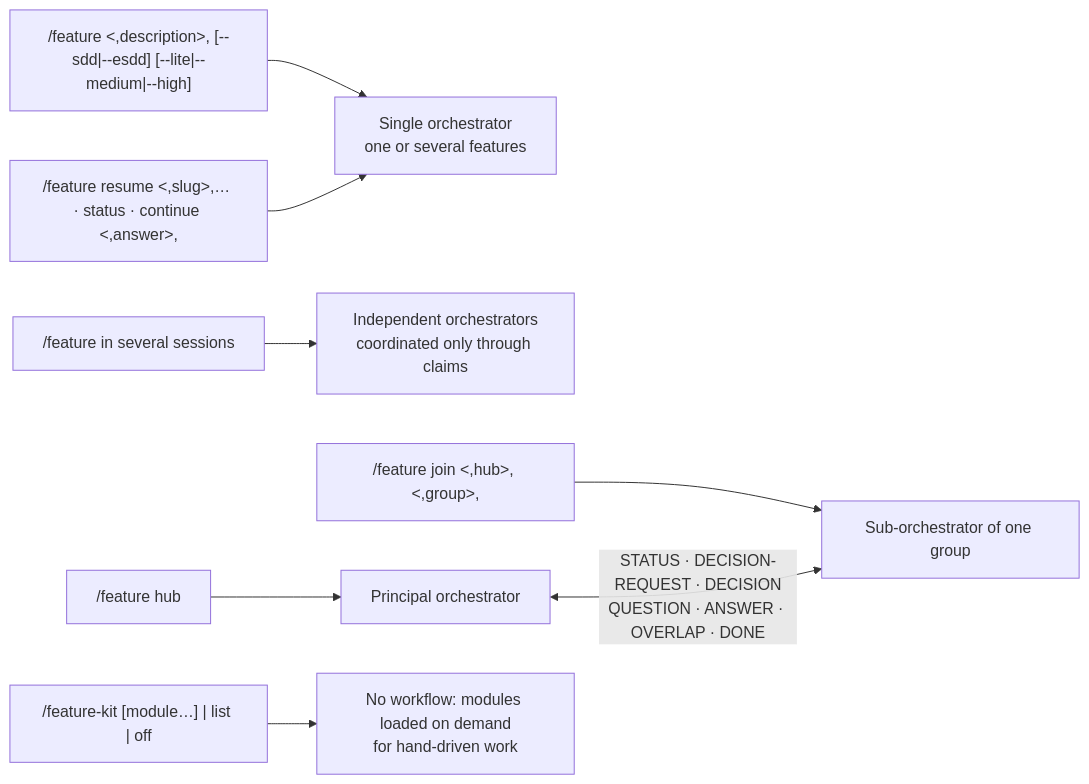
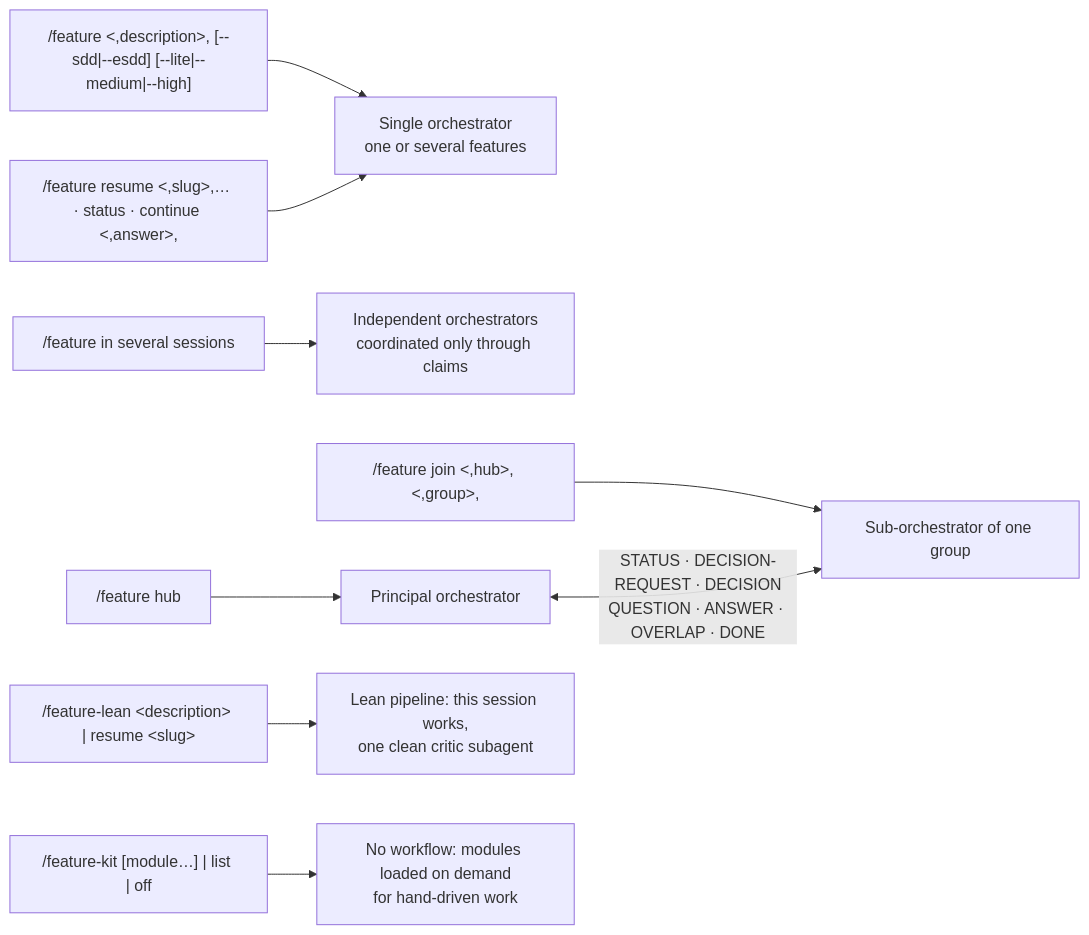
One commit to mariopedemonte12/claude-feature-workflow changed the second of 10 diagrams in docs/architecture.md. Above: the diagram before and after it, drawn with Mermaid. The commit also changed other lines of this file and 4 other files, not shown here.

Commit message:
Add /feature-lean: one-session pipeline with one clean critic

````diff
--- a/docs/architecture.md
+++ b/docs/architecture.md
@@ -82,10 +82,11 @@
 ```mermaid
 flowchart LR
     C1["/feature &lt,description&gt, [--sdd|--esdd] [--lite|--medium|--high]"] --> M1["Single orchestrator<br/>one or several features"]
     C2["/feature resume &lt,slug&gt,… · status · continue &lt,answer&gt,"] --> M1
     C3["/feature in several sessions"] --> M2["Independent orchestrators<br/>coordinated only through claims"]
     C4["/feature hub"] --> M3["Principal orchestrator"]
     C5["/feature join &lt,hub&gt, &lt,group&gt,"] --> M4["Sub-orchestrator of one group"]
     M3 <-->|"STATUS · DECISION-REQUEST · DECISION<br/>QUESTION · ANSWER · OVERLAP · DONE"| M4
+    C7["/feature-lean &lt;description&gt; | resume &lt;slug&gt;"] --> M6["Lean pipeline: this session works,<br/>one clean critic subagent"]
     C6["/feature-kit [module…] | list | off"] --> M5["No workflow: modules loaded on demand<br/>for hand-driven work"]
 ```
````
